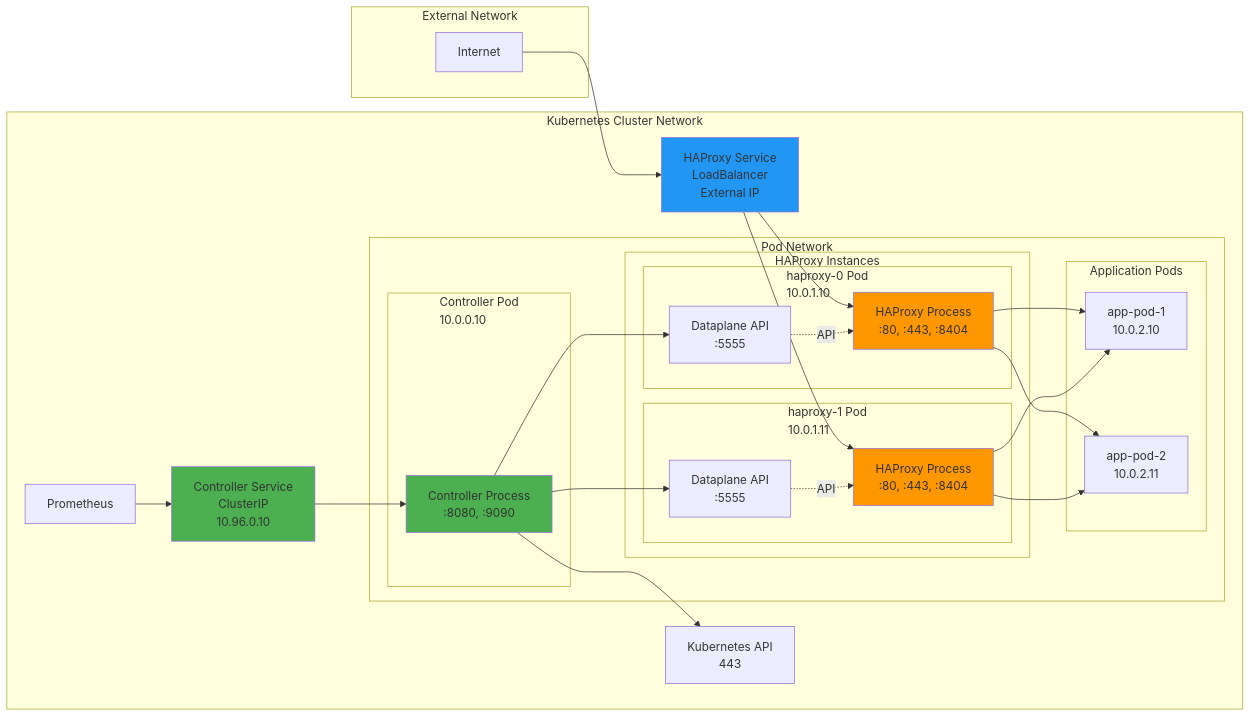
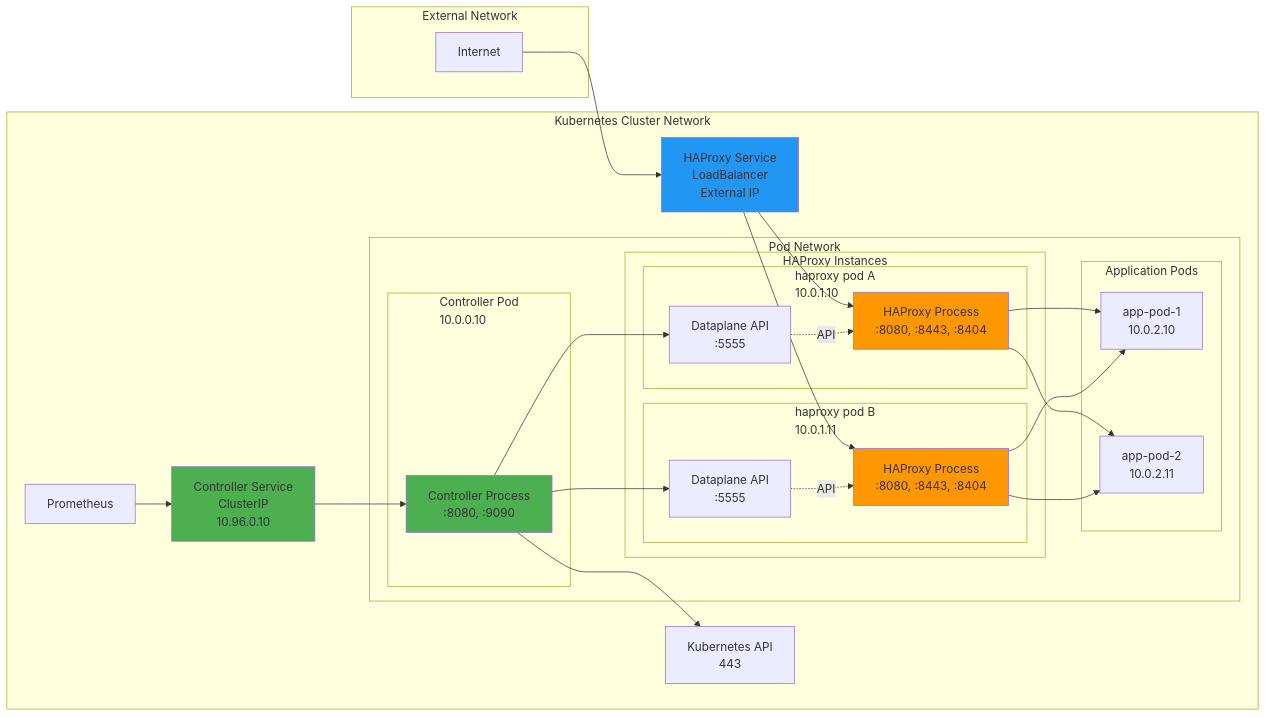
The third of 3 diagrams in docs/controller/docs/development/design/deployment.md (HAProxy-Template-IC/haproxy-template-ingress-controller), drawn with Mermaid before and after one commit. The commit also changed other lines of this file and 71 other files, not shown here.

Commit message:
docs: fix drift and align with current CRD, metrics, and chart defaults

````diff
--- a/docs/controller/docs/development/design/deployment.md
+++ b/docs/controller/docs/development/design/deployment.md
@@ -163,62 +138,62 @@
 ```mermaid
 graph LR
     subgraph "External Network"
         INET[Internet]
     end
 
     subgraph "Kubernetes Cluster Network"
         HAP_LB[HAProxy Service<br/>LoadBalancer<br/>External IP]
         CTRL_SVC_NET[Controller Service<br/>ClusterIP<br/>10.96.0.10]
 
         subgraph "Pod Network"
             subgraph "Controller Pod<br/>10.0.0.10"
                 CTRL[Controller Process<br/>:8080, :9090]
             end
 
             subgraph "HAProxy Instances"
-                subgraph "haproxy-0 Pod<br/>10.0.1.10"
-                    HAP1[HAProxy Process<br/>:80, :443, :8404]
+                subgraph "haproxy pod A<br/>10.0.1.10"
+                    HAP1[HAProxy Process<br/>:8080, :8443, :8404]
                     DP1[Dataplane API<br/>:5555]
                 end
 
-                subgraph "haproxy-1 Pod<br/>10.0.1.11"
-                    HAP2[HAProxy Process<br/>:80, :443, :8404]
+                subgraph "haproxy pod B<br/>10.0.1.11"
+                    HAP2[HAProxy Process<br/>:8080, :8443, :8404]
                     DP2[Dataplane API<br/>:5555]
                 end
             end
 
             subgraph "Application Pods"
                 APP1[app-pod-1<br/>10.0.2.10]
                 APP2[app-pod-2<br/>10.0.2.11]
             end
         end
 
         KUBE_API[Kubernetes API<br/>443]
         PROM_NET[Prometheus]
     end
 
     INET --> HAP_LB
     HAP_LB --> HAP1
     HAP_LB --> HAP2
 
     CTRL_SVC_NET --> CTRL
     PROM_NET --> CTRL_SVC_NET
 
     CTRL --> KUBE_API
     CTRL --> DP1
     CTRL --> DP2
 
     HAP1 --> APP1
     HAP1 --> APP2
     HAP2 --> APP1
     HAP2 --> APP2
 
     DP1 -.API.-> HAP1
     DP2 -.API.-> HAP2
 
     style CTRL fill:#4CAF50
     style HAP1 fill:#FF9800
     style HAP2 fill:#FF9800
     style HAP_LB fill:#2196F3
     style CTRL_SVC_NET fill:#4CAF50
 ```
````
